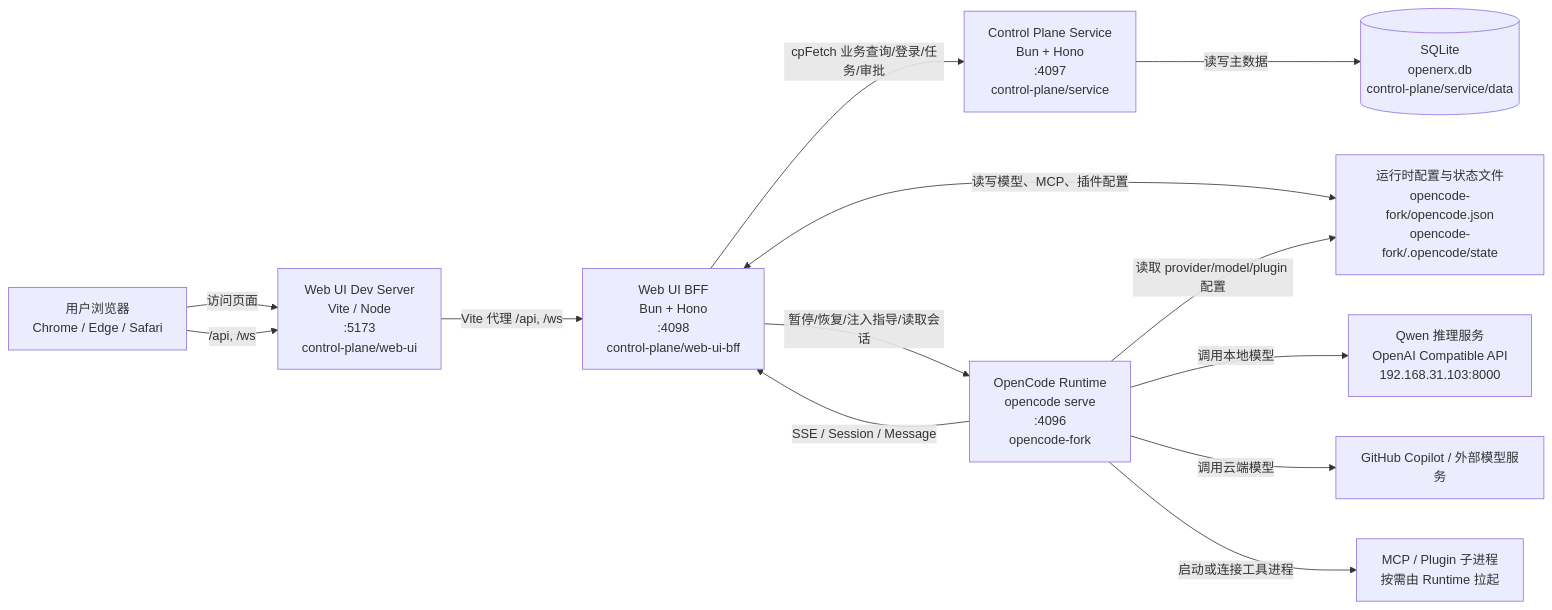
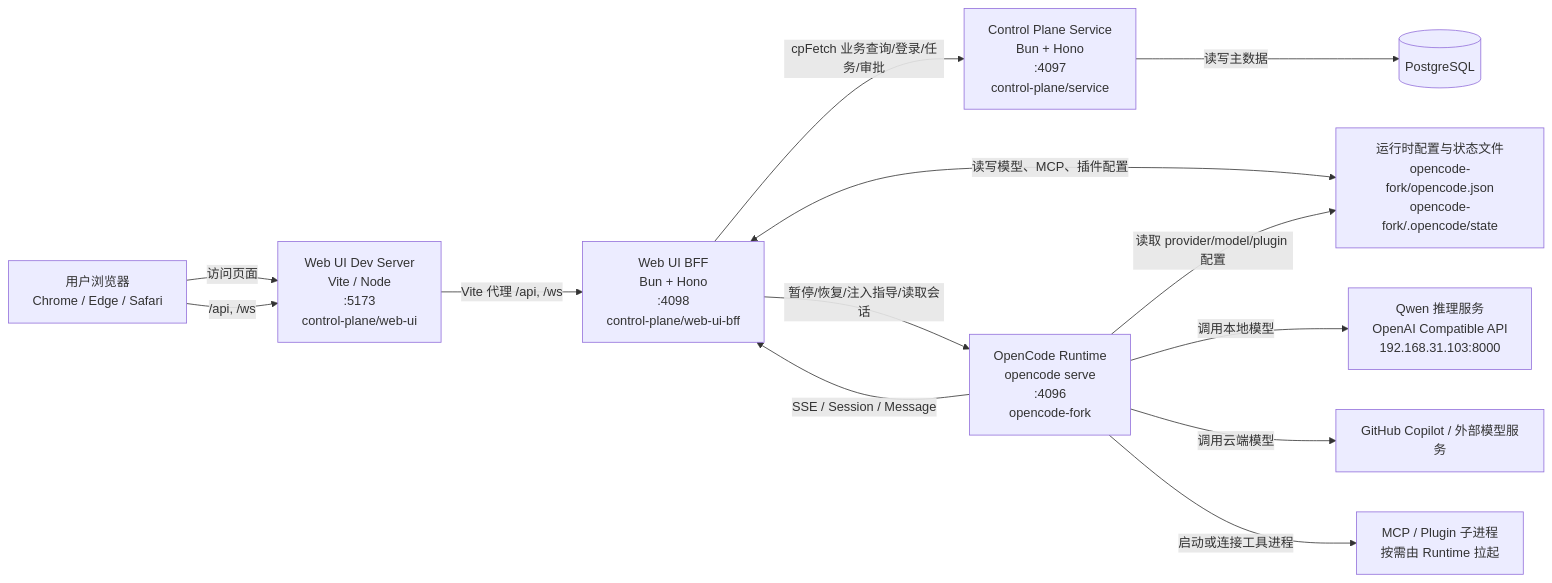
One commit to openerserver/openerx changed the first of 5 diagrams in docs/runtime-process-architecture.md. Above: the diagram before and after it, drawn with Mermaid. The commit also changed other lines of this file and 33 other files, not shown here.

````diff
--- a/docs/runtime-process-architecture.md
+++ b/docs/runtime-process-architecture.md
@@ -7,26 +7,26 @@
 ```mermaid
 flowchart LR
     Browser["用户浏览器\nChrome / Edge / Safari"]
     UI["Web UI Dev Server\nVite / Node\n:5173\ncontrol-plane/web-ui"]
     BFF["Web UI BFF\nBun + Hono\n:4098\ncontrol-plane/web-ui-bff"]
     CP["Control Plane Service\nBun + Hono\n:4097\ncontrol-plane/service"]
-    DB[("SQLite\nopenerx.db\ncontrol-plane/service/data")]
+    DB[("PostgreSQL")]
     OCR["OpenCode Runtime\nopencode serve\n:4096\nopencode-fork"]
     CFG["运行时配置与状态文件\nopencode-fork/opencode.json\nopencode-fork/.opencode/state"]
     Qwen["Qwen 推理服务\nOpenAI Compatible API\n192.168.31.103:8000"]
     Copilot["GitHub Copilot / 外部模型服务"]
     MCP["MCP / Plugin 子进程\n按需由 Runtime 拉起"]
 
     Browser -->|访问页面| UI
     Browser -->|/api, /ws| UI
     UI -->|Vite 代理 /api, /ws| BFF
     BFF -->|cpFetch 业务查询/登录/任务/审批| CP
     CP -->|读写主数据| DB
     BFF -->|暂停/恢复/注入指导/读取会话| OCR
     OCR -->|SSE / Session / Message| BFF
     BFF <-->|读写模型、MCP、插件配置| CFG
     OCR -->|读取 provider/model/plugin 配置| CFG
     OCR -->|调用本地模型| Qwen
     OCR -->|调用云端模型| Copilot
     OCR -->|启动或连接工具进程| MCP
 ```
````
